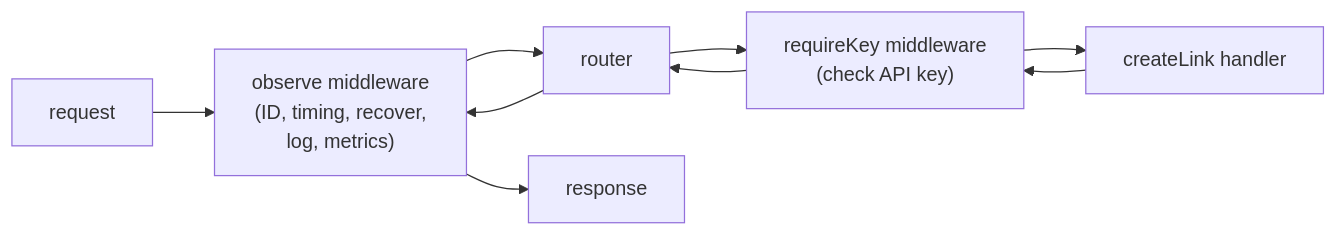
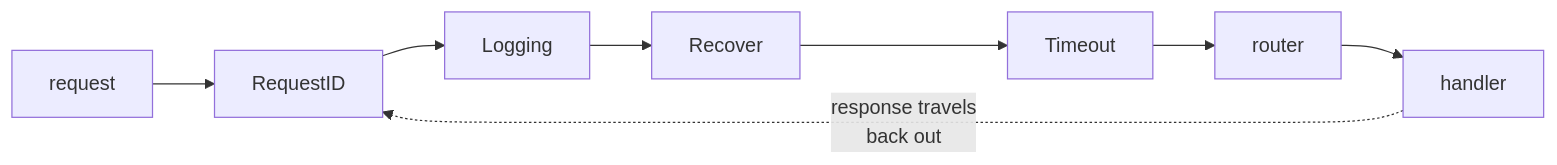
Before and after one commit to jawwadzafar/zero-to-prod: the second of 4 diagrams in docs/apis/structuring-a-real-service.mdx, drawn with Mermaid. The commit also changed other lines of this file, not shown here.

````diff
--- a/docs/apis/structuring-a-real-service.mdx
+++ b/docs/apis/structuring-a-real-service.mdx
@@ -142,5 +144,5 @@
 ```mermaid
 flowchart LR
-    R["request"] --> O["observe middleware<br/>(ID, timing, recover,<br/>log, metrics)"] --> MUX["router"] --> A["requireKey middleware<br/>(check API key)"] --> H["createLink handler"]
-    H --> A --> MUX --> O --> RESP["response"]
+    R["request"] --> A["RequestID"] --> B["Logging"] --> C["Recover"] --> D["Timeout"] --> MUX["router"] --> H["handler"]
+    H -.->|"response travels<br/>back out"| A
 ```
````
